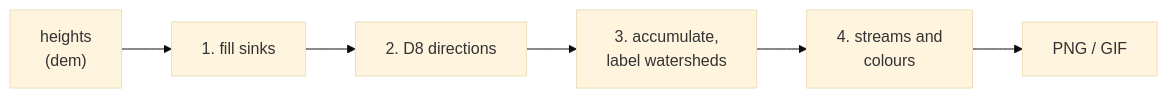
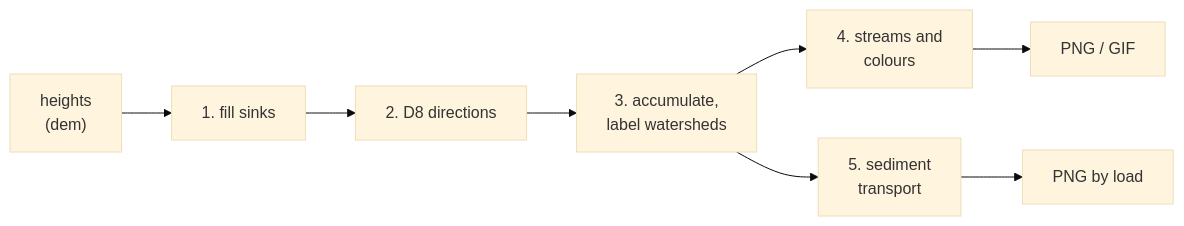
One commit to deanberris/pia-lang changed the diagram in docs/streams.pia.md. Above: the diagram before and after it, drawn with Mermaid (base theme). The commit also changed other lines of this file and 4 other files, not shown here.

````diff
--- a/docs/streams.pia.md
+++ b/docs/streams.pia.md
@@ -40,8 +41,10 @@
 ```mermaid
 flowchart LR
   dem["heights<br/>(dem)"] --> fill["1. fill sinks"]
   fill --> dirs["2. D8 directions"]
   dirs --> acc["3. accumulate,<br/>label watersheds"]
   acc --> render["4. streams and<br/>colours"]
   render --> png["PNG / GIF"]
+  acc --> sed["5. sediment<br/>transport"]
+  sed --> png2["PNG by load"]
 ```
````
